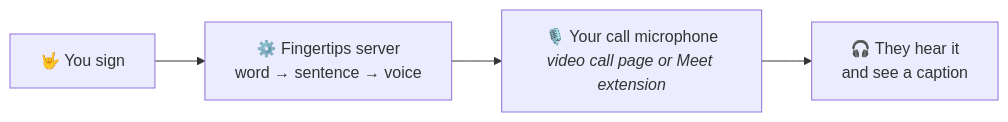
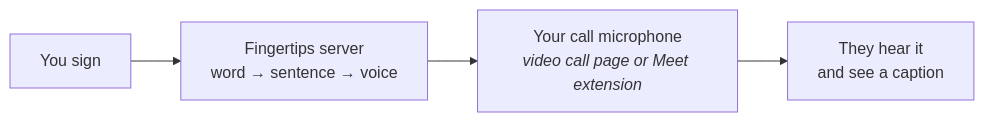
The third of 3 diagrams in README.md (GaneshMunagala714/fingertips), drawn with Mermaid before and after one commit. The commit also changed other lines of this file, not shown here.

Commit message:
README: plain diagrams, no icons

````diff
--- a/README.md
+++ b/README.md
@@ -162,6 +162,6 @@
 ```mermaid
 flowchart LR
-    A["🤟 You sign"] --> B["⚙️ Fingertips server<br/>word → sentence → voice"]
-    B --> C["🎙️ Your call microphone<br/><i>video call page or Meet extension</i>"]
-    C --> D["🎧 They hear it<br/>and see a caption"]
+    A["You sign"] --> B["Fingertips server<br/>word → sentence → voice"]
+    B --> C["Your call microphone<br/><i>video call page or Meet extension</i>"]
+    C --> D["They hear it<br/>and see a caption"]
 ```
````
